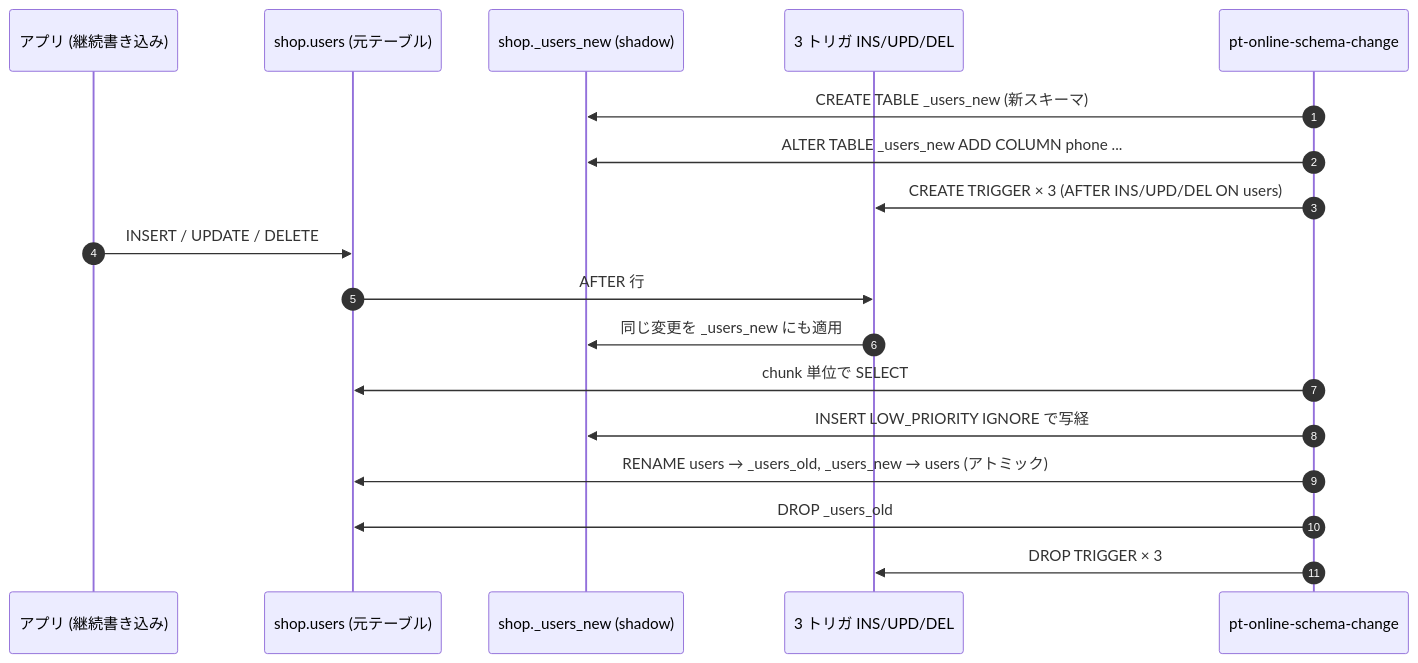
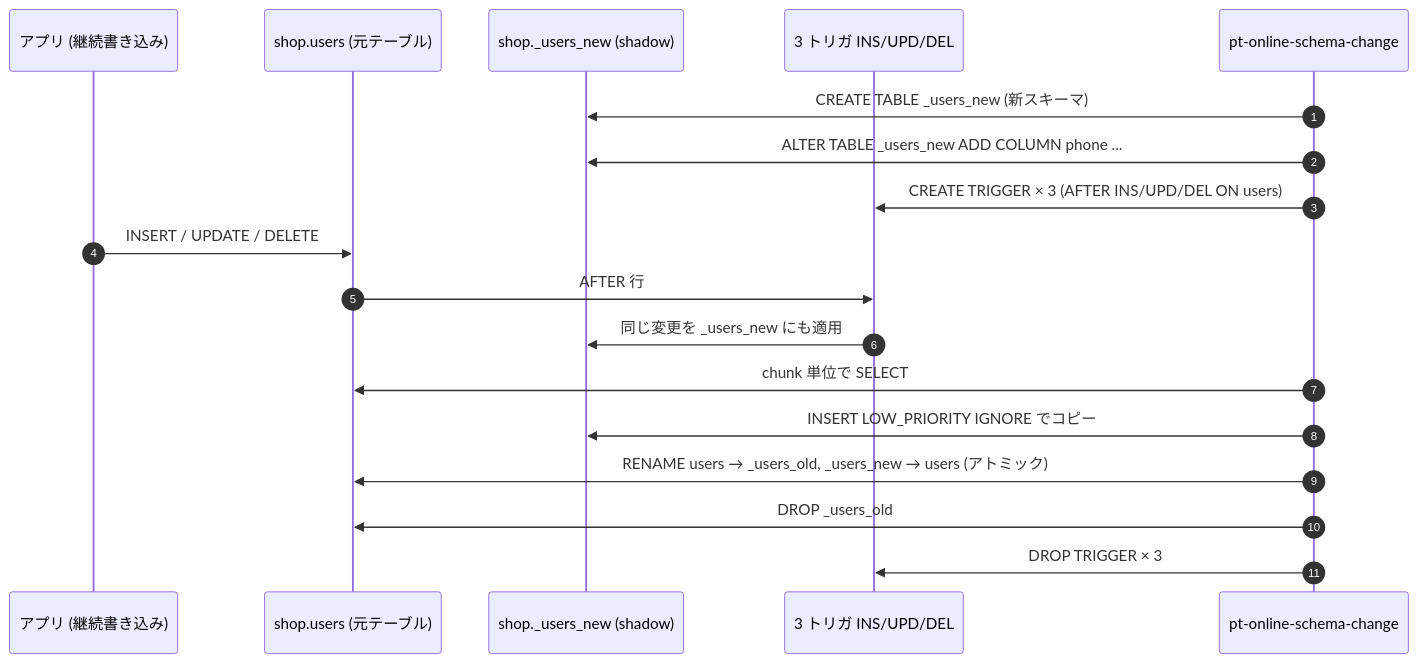
The diagram in README.md (NOGUD626/percona-toolkit-sample), drawn with Mermaid before and after one commit. The commit also changed other lines of this file and 5 other files, not shown here.

````diff
--- a/README.md
+++ b/README.md
@@ -108,21 +108,21 @@
 ```mermaid
 sequenceDiagram
     autonumber
     participant App  as アプリ (継続書き込み)
     participant U    as shop.users (元テーブル)
     participant N    as shop._users_new (shadow)
     participant Trg  as 3 トリガ INS/UPD/DEL
     participant pt   as pt-online-schema-change
 
     pt->>N: CREATE TABLE _users_new (新スキーマ)
     pt->>N: ALTER TABLE _users_new ADD COLUMN phone ...
     pt->>Trg: CREATE TRIGGER × 3 (AFTER INS/UPD/DEL ON users)
     App->>U:  INSERT / UPDATE / DELETE
     U->>Trg:  AFTER 行
     Trg->>N:  同じ変更を _users_new にも適用
     pt->>U:   chunk 単位で SELECT
-    pt->>N:   INSERT LOW_PRIORITY IGNORE で写経
+    pt->>N:   INSERT LOW_PRIORITY IGNORE でコピー
     pt->>U:   RENAME users → _users_old, _users_new → users (アトミック)
     pt->>U:   DROP _users_old
     pt->>Trg: DROP TRIGGER × 3
 ```
````
